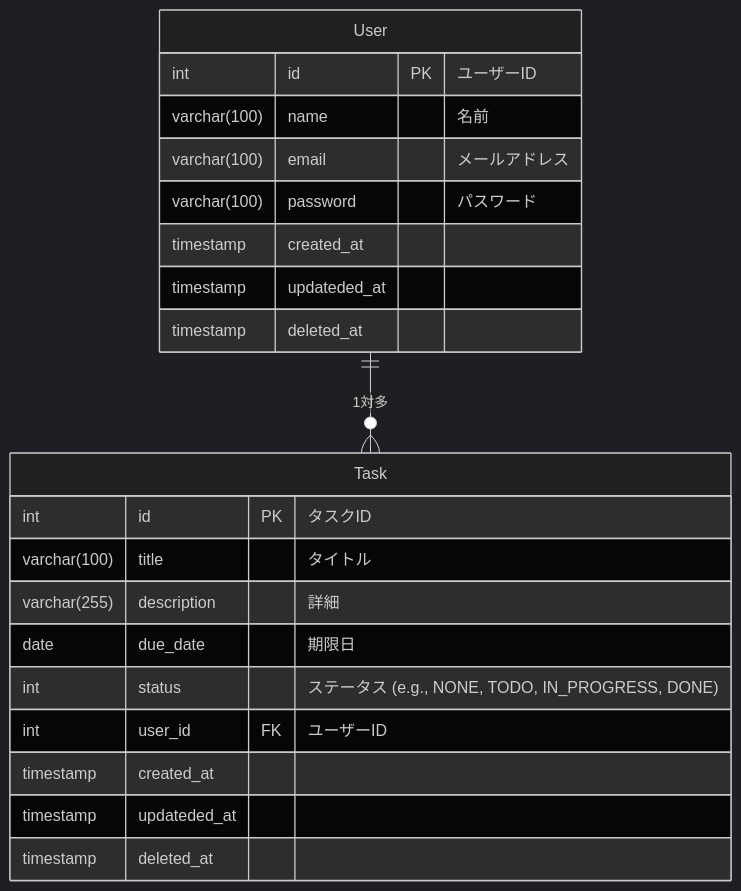
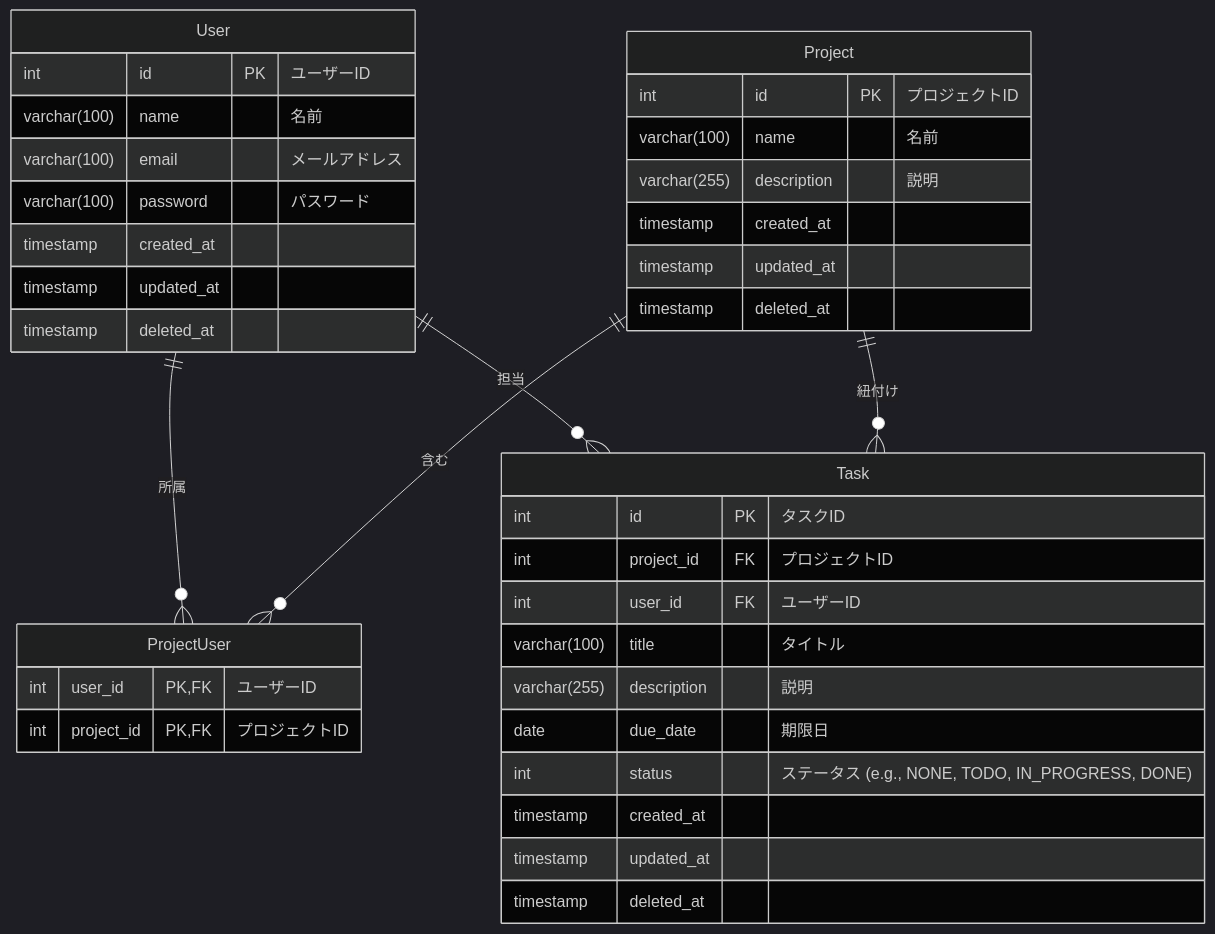
The diagram in README.md (geek-teru/simple-task-app), drawn with Mermaid (dark theme) before and after one commit. The commit also changed other lines of this file and 12 other files, not shown here.

````diff
--- a/README.md
+++ b/README.md
@@ -76,26 +71,41 @@
 ```mermaid
 erDiagram
+    User ||--o{ ProjectUser : "所属"
+    Project ||--o{ ProjectUser : "含む"
+    User ||--o{ Task : "担当"
+    Project ||--o{ Task : "紐付け"
+
     User {
         int id PK "ユーザーID"
         varchar(100) name "名前"
         varchar(100) email "メールアドレス"
         varchar(100) password "パスワード"
         timestamp created_at
-        timestamp updateded_at
+        timestamp updated_at
+        timestamp deleted_at
+    }
+    ProjectUser {
+		    int user_id PK,FK "ユーザーID"
+		    int project_id PK,FK "プロジェクトID"
+    }
+    Project {
+		    int id PK "プロジェクトID"
+		    varchar(100) name "名前"
+		    varchar(255) description "説明"
+		    timestamp created_at
+        timestamp updated_at
         timestamp deleted_at
     }
     Task {
         int id PK "タスクID"
+        int project_id FK "プロジェクトID"
+        int user_id FK "ユーザーID"
         varchar(100) title "タイトル"
-        varchar(255) description "詳細"
+        varchar(255) description "説明"
         date due_date "期限日"
         int status "ステータス (e.g., NONE, TODO, IN_PROGRESS, DONE)"
-        int user_id FK "ユーザーID"
         timestamp created_at
-        timestamp updateded_at
+        timestamp updated_at
         timestamp deleted_at
     }
-
-
-    User ||--o{ Task : "1対多"
 ```
````
